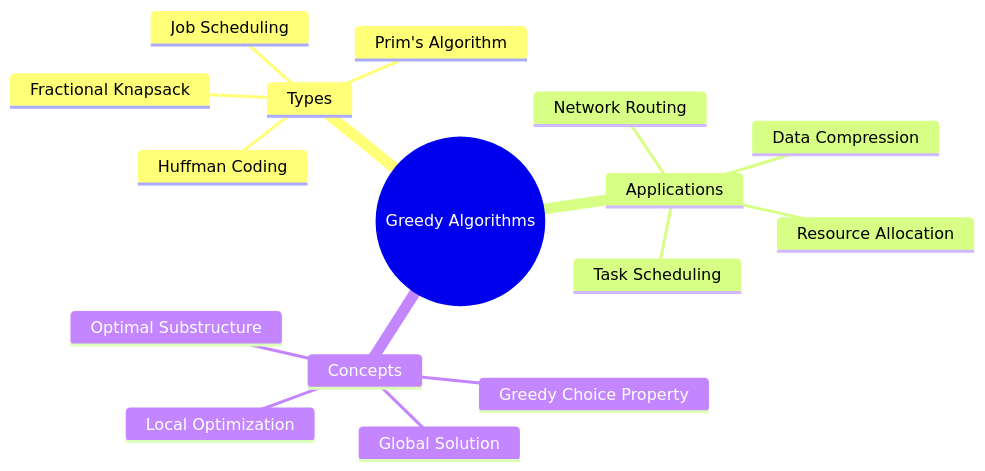
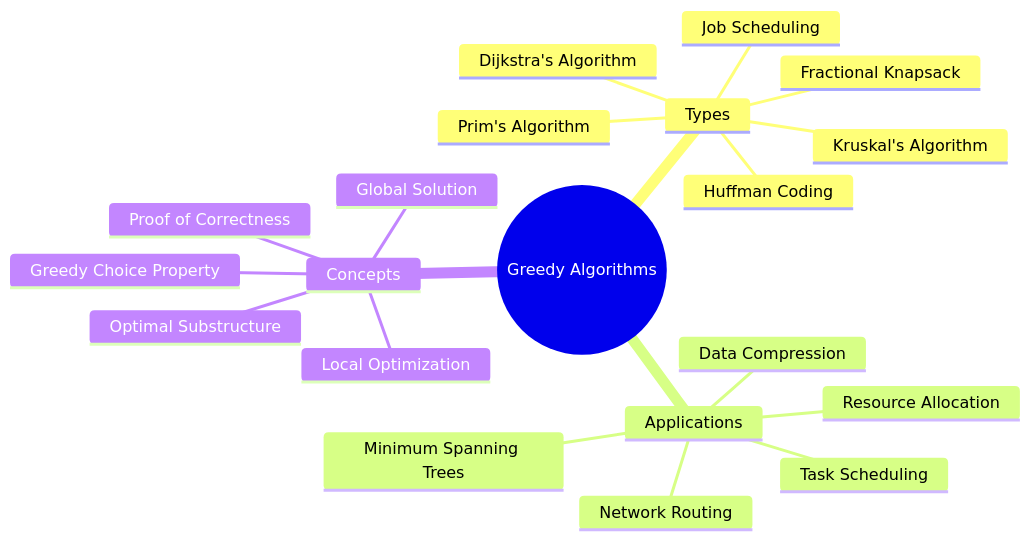
Before and after one commit to kivi98/study-buddy: the diagram in docs/data-structures-and-algorithms/greedy-algorithms.md, drawn with Mermaid. The commit also changed other lines of this file and 33 other files, not shown here.

````diff
--- a/docs/data-structures-and-algorithms/greedy-algorithms.md
+++ b/docs/data-structures-and-algorithms/greedy-algorithms.md
@@ -11,19 +11,23 @@
 ```mermaid
 mindmap
     root((Greedy Algorithms))
         Types
             Fractional Knapsack
             Job Scheduling
             Huffman Coding
             Prim's Algorithm
+            Dijkstra's Algorithm
+            Kruskal's Algorithm
         Applications
             Network Routing
             Resource Allocation
             Data Compression
             Task Scheduling
+            Minimum Spanning Trees
         Concepts
             Greedy Choice Property
             Optimal Substructure
             Local Optimization
             Global Solution
+            Proof of Correctness
 ```
````
